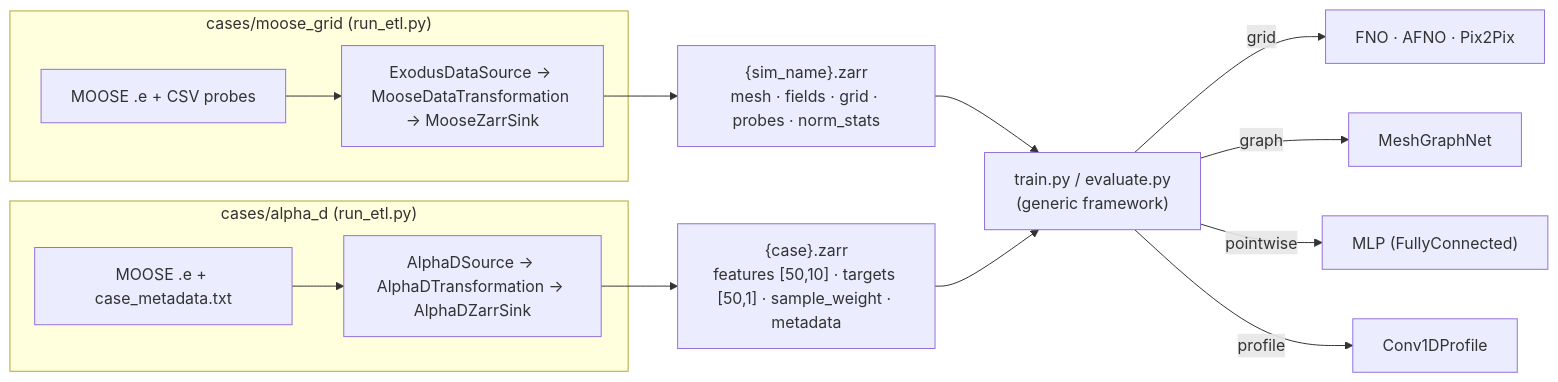
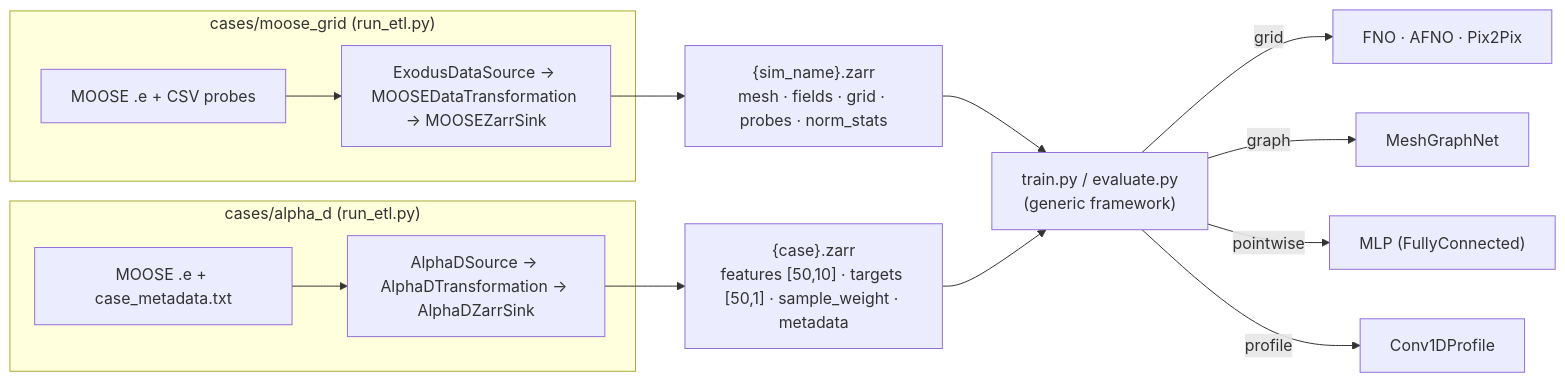
One commit to MengnanLi91/TH_HOLO_workflow changed the first of 5 diagrams in docs/architecture.md. Above: the diagram before and after it, drawn with Mermaid. The commit also changed other lines of this file and 29 other files, not shown here.

````diff
--- a/docs/architecture.md
+++ b/docs/architecture.md
@@ -11,25 +11,25 @@
 ```{mermaid}
 flowchart LR
     subgraph ETL_grid["cases/moose_grid (run_etl.py)"]
         Aex["MOOSE .e + CSV probes"]
-        Aetl["ExodusDataSource → MooseDataTransformation → MooseZarrSink"]
+        Aetl["ExodusDataSource → MOOSEDataTransformation → MOOSEZarrSink"]
         Aex --> Aetl
     end
 
     subgraph ETL_alpha["cases/alpha_d (run_etl.py)"]
         Bex["MOOSE .e + case_metadata.txt"]
         Betl["AlphaDSource → AlphaDTransformation → AlphaDZarrSink"]
         Bex --> Betl
     end
 
     Aetl --> Az["{sim_name}.zarr<br/>mesh · fields · grid · probes · norm_stats"]
     Betl --> Bz["{case}.zarr<br/>features [50,10] · targets [50,1] · sample_weight · metadata"]
 
     Az --> Train["train.py / evaluate.py<br/>(generic framework)"]
     Bz --> Train
 
     Train -->|"grid"| FNO["FNO · AFNO · Pix2Pix"]
     Train -->|"graph"| MGN["MeshGraphNet"]
     Train -->|"pointwise"| MLP["MLP (FullyConnected)"]
     Train -->|"profile"| Conv["Conv1DProfile"]
 ```
````
